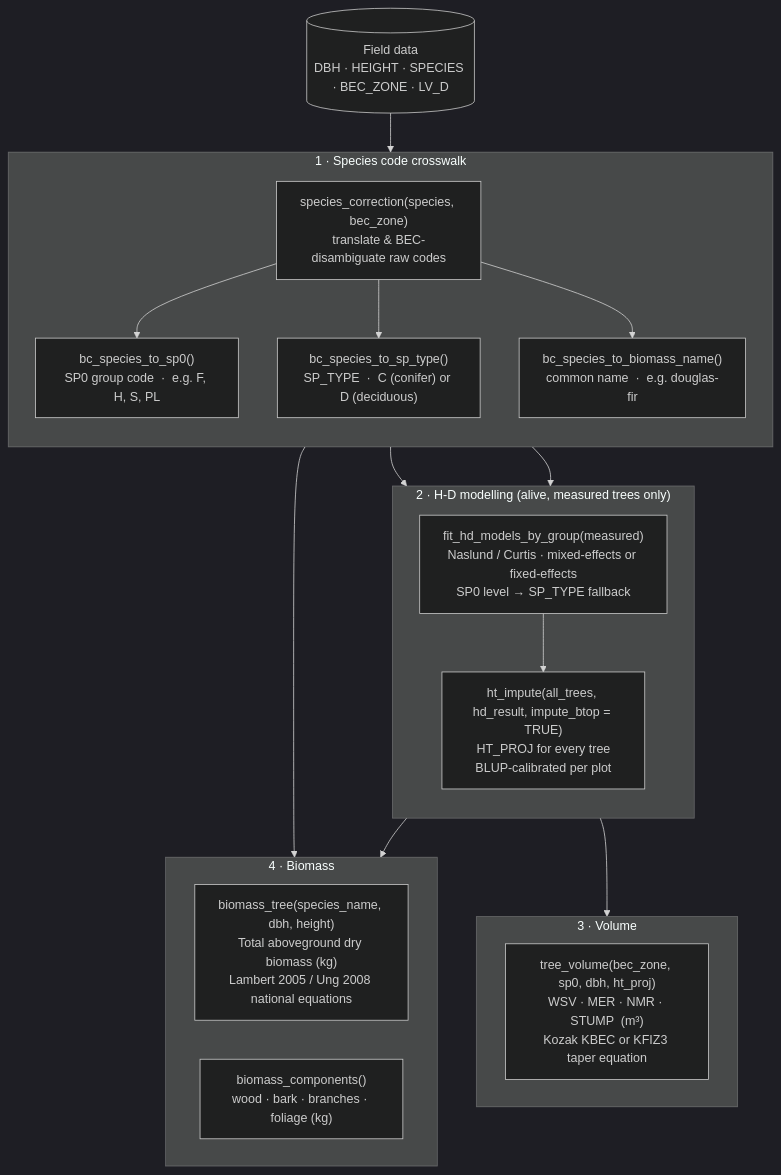
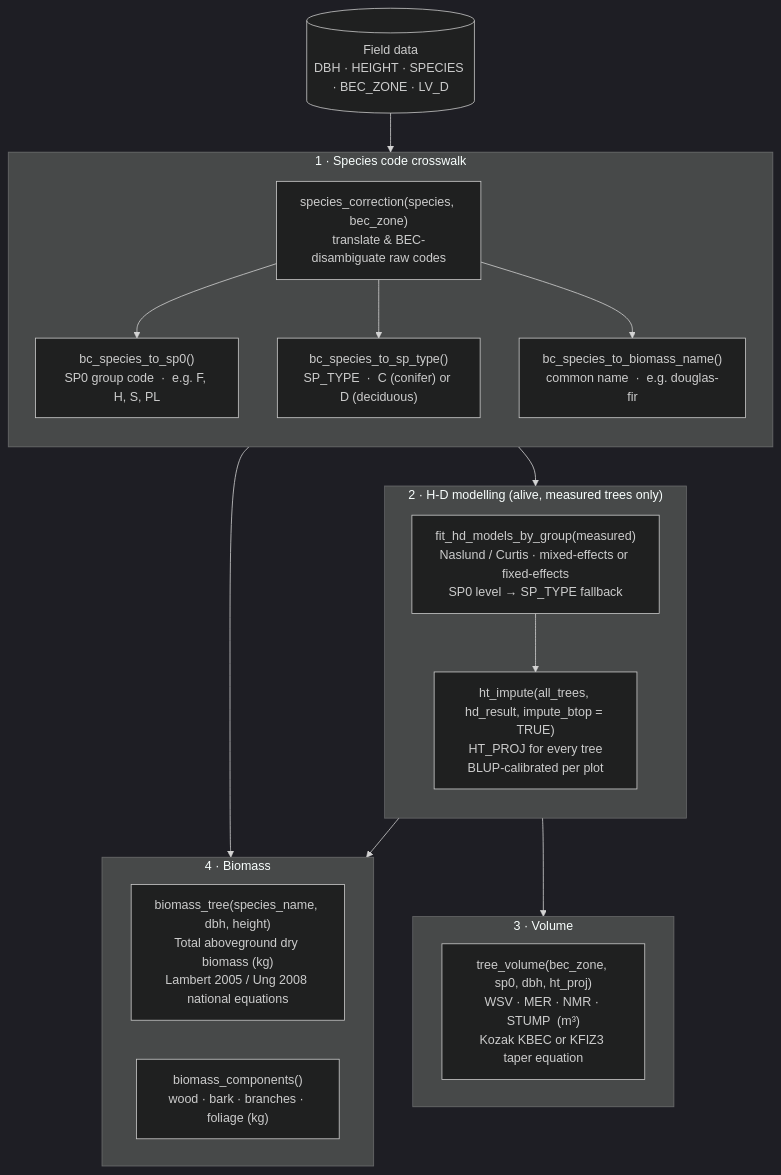
The diagram in README.md (dfelixsattler/BCallometryRCFS), drawn with Mermaid (dark theme) before and after one commit.

Commit message:
Fix diagram: single arrow from crosswalk to H-D subgraph

````diff
--- a/README.md
+++ b/README.md
@@ -19,40 +19,39 @@
 ```mermaid
 flowchart TD
     A[("Field data\nDBH · HEIGHT · SPECIES · BEC_ZONE · LV_D")]
 
     A --> SC
 
     subgraph SC["1 · Species code crosswalk"]
         direction TB
         SC1["species_correction(species, bec_zone)\ntranslate & BEC-disambiguate raw codes"]
         SC2["bc_species_to_sp0()\nSP0 group code  ·  e.g. F, H, S, PL"]
         SC3["bc_species_to_sp_type()\nSP_TYPE  ·  C (conifer) or D (deciduous)"]
         SC4["bc_species_to_biomass_name()\ncommon name  ·  e.g. douglas-fir"]
         SC1 --> SC2
         SC1 --> SC3
         SC1 --> SC4
     end
 
     SC2 --> HD
-    SC3 --> HD
 
     subgraph HD["2 · H-D modelling  (alive, measured trees only)"]
         direction TB
         HD1["fit_hd_models_by_group(measured)\nNaslund / Curtis · mixed-effects or fixed-effects\nSP0 level → SP_TYPE fallback"]
         HD2["ht_impute(all_trees, hd_result, impute_btop = TRUE)\nHT_PROJ for every tree\nBLUP-calibrated per plot"]
         HD1 --> HD2
     end
 
     SC4 --> BIO
     HD2 --> VOL
     HD2 --> BIO
 
     subgraph VOL["3 · Volume"]
         VOL1["tree_volume(bec_zone, sp0, dbh, ht_proj)\nWSV · MER · NMR · STUMP  (m³)\nKozak KBEC or KFIZ3 taper equation"]
     end
 
     subgraph BIO["4 · Biomass"]
         BIO1["biomass_tree(species_name, dbh, height)\nTotal aboveground dry biomass (kg)\nLambert 2005 / Ung 2008 national equations"]
         BIO2["biomass_components()\nwood · bark · branches · foliage (kg)"]
     end
 ```
````
